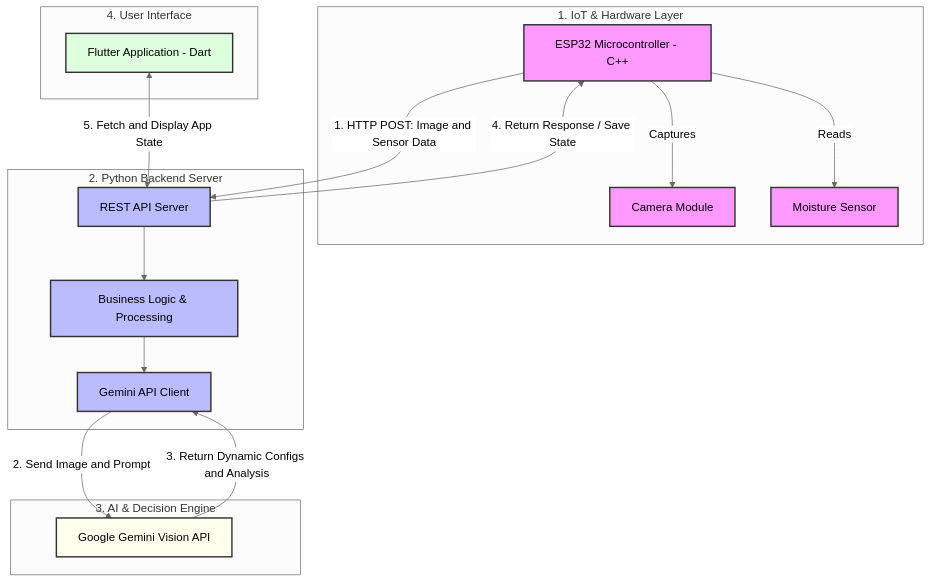
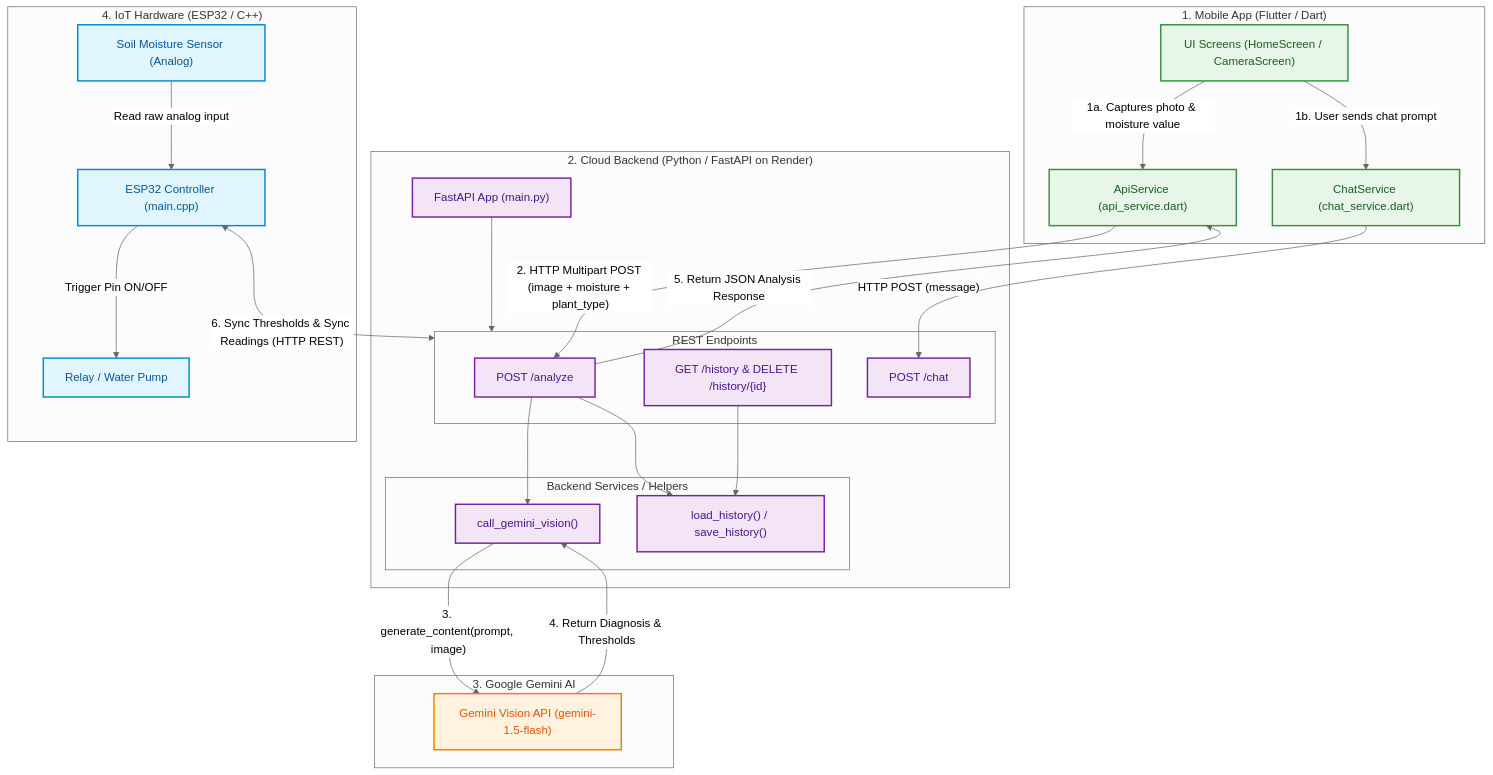
Before and after one commit to Yarin9Ashmoz/AquaMind: the first of 2 diagrams in ARCHITECTURE.md, drawn with Mermaid (neutral theme). The commit also changed other lines of this file and 11 other files, not shown here.

Commit message:
backend upgrade - services

````diff
--- a/ARCHITECTURE.md
+++ b/ARCHITECTURE.md
@@ -1,42 +9,63 @@
 ```mermaid
 graph TD
-    %% Styling
-    classDef hardware fill:#f9f,stroke:#333,stroke-width:2px;
-    classDef backend fill:#bbf,stroke:#333,stroke-width:2px;
-    classDef ai fill:#ffe,stroke:#333,stroke-width:2px;
-    classDef mobile fill:#dfd,stroke:#333,stroke-width:2px;
+    %% Styling Definitions
+    classDef mobile fill:#e8f5e9,stroke:#388e3c,stroke-width:2px,color:#1b5e20;
+    classDef backend fill:#f3e5f5,stroke:#7b1fa2,stroke-width:2px,color:#4a148c;
+    classDef ai fill:#fff3e0,stroke:#f57c00,stroke-width:2px,color:#e65100;
+    classDef hardware fill:#e1f5fe,stroke:#0288d1,stroke-width:2px,color:#01579b;
 
-    %% Nodes
-    subgraph IoT_Hardware ["1. IoT & Hardware Layer"]
-        ESP32["ESP32 Microcontroller - C++"]:::hardware
-        CAM["Camera Module"]:::hardware
-        SENSOR["Moisture Sensor"]:::hardware
+    %% Mobile App Components
+    subgraph MobileApp ["1. Mobile App (Flutter / Dart)"]
+        UI["UI Screens (HomeScreen / CameraScreen)"]:::mobile
+        API_SVC["ApiService (api_service.dart)"]:::mobile
+        CHAT_SVC["ChatService (chat_service.dart)"]:::mobile
 
-        ESP32 -->|Captures| CAM
-        ESP32 -->|Reads| SENSOR
+        UI -->|"1a. Captures photo & moisture value"| API_SVC
+        UI -->|"1b. User sends chat prompt"| CHAT_SVC
     end
 
-    subgraph Cloud_Backend ["2. Python Backend Server"]
-        API["REST API Server"]:::backend
-        LOGIC["Business Logic & Processing"]:::backend
-        GEMINI_SDK["Gemini API Client"]:::backend
+    %% FastAPI Backend Components
+    subgraph BackendApp ["2. Cloud Backend (Python / FastAPI on Render)"]
+        FASTAPI["FastAPI App (main.py)"]:::backend
 
-        API --> LOGIC
-        LOGIC --> GEMINI_SDK
+        subgraph Endpoints ["REST Endpoints"]
+            EP_ANALYZE["POST /analyze"]:::backend
+            EP_HISTORY["GET /history & DELETE /history/{id}"]:::backend
+            EP_CHAT["POST /chat"]:::backend
+        end
+
+        subgraph Services ["Backend Services / Helpers"]
+            GENAI_CALL["call_gemini_vision()"]:::backend
+            HIST_STORAGE["load_history() / save_history()"]:::backend
+        end
+
+        FASTAPI --> Endpoints
+        EP_ANALYZE --> GENAI_CALL
+        EP_ANALYZE --> HIST_STORAGE
+        EP_HISTORY --> HIST_STORAGE
     end
 
-    subgraph AI_Engine ["3. AI & Decision Engine"]
-        GEMINI["Google Gemini Vision API"]:::ai
+    %% AI Engine
+    subgraph AIEngine ["3. Google Gemini AI"]
+        GEMINI_MODEL["Gemini Vision API (gemini-1.5-flash)"]:::ai
     end
 
-    subgraph Mobile_App ["4. User Interface"]
-        FLUTTER["Flutter Application - Dart"]:::mobile
+    %% Hardware & IoT Layer
+    subgraph HardwareNode ["4. IoT Hardware (ESP32 / C++)"]
+        ESP32_CODE["ESP32 Controller (main.cpp)"]:::hardware
+        MOISTURE_SENSOR["Soil Moisture Sensor (Analog)"]:::hardware
+        PUMP["Relay / Water Pump"]:::hardware
+
+        MOISTURE_SENSOR -->|"Read raw analog input"| ESP32_CODE
+        ESP32_CODE -->|"Trigger Pin ON/OFF"| PUMP
     end
 
-    %% Flow Connections
-    ESP32 -->|"1. HTTP POST: Image and Sensor Data"| API
-    GEMINI_SDK -->|"2. Send Image and Prompt"| GEMINI
-    GEMINI -->|"3. Return Dynamic Configs and Analysis"| GEMINI_SDK
-    API -->|"4. Return Response / Save State"| ESP32
-    FLUTTER <-->|"5. Fetch and Display App State"| API
+    %% Data Connections
+    API_SVC -->|"2. HTTP Multipart POST (image + moisture + plant_type)"| EP_ANALYZE
+    CHAT_SVC -->|"HTTP POST (message)"| EP_CHAT
+    GENAI_CALL -->|"3. generate_content(prompt, image)"| GEMINI_MODEL
+    GEMINI_MODEL -->|"4. Return Diagnosis & Thresholds"| GENAI_CALL
+    EP_ANALYZE -->|"5. Return JSON Analysis Response"| API_SVC
+
+    ESP32_CODE <-->|"6. Sync Thresholds & Sync Readings (HTTP REST)"| Endpoints
 ```
````
